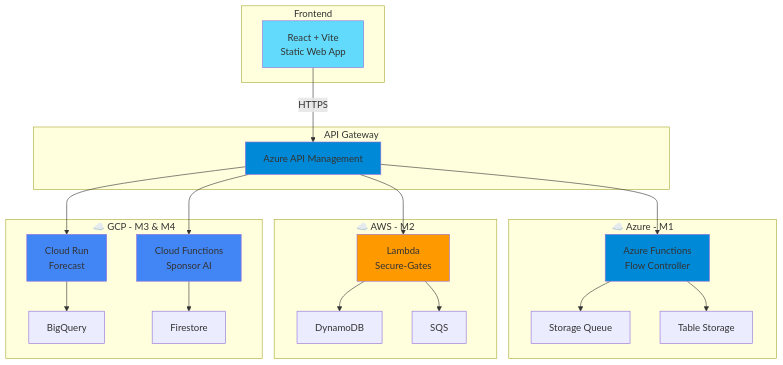
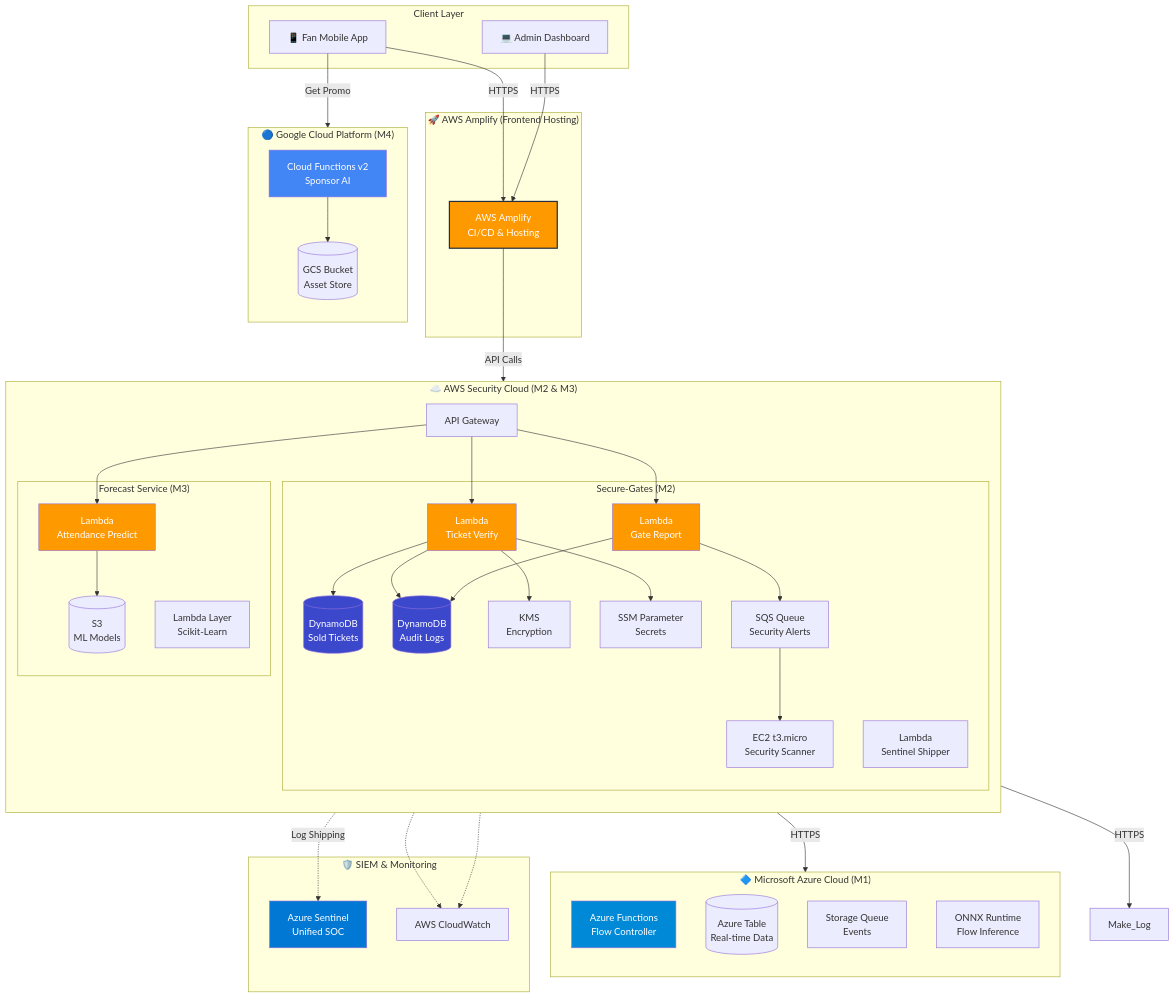
The diagram in README.md (MouhcineAGOUJIL/FanOps), drawn with Mermaid before and after one commit. The commit also changed other lines of this file and 13 other files, not shown here.

````diff
--- a/README.md
+++ b/README.md
@@ -92,49 +30,99 @@
 ```mermaid
 graph TB
-    subgraph Frontend
-        A[React + Vite<br/>Static Web App]
+    subgraph "Client Layer"
+        User[📱 Fan Mobile App]
+        Admin[💻 Admin Dashboard]
     end
+
+    subgraph "🚀 AWS Amplify (Frontend Hosting)"
+        Amplify[AWS Amplify<br/>CI/CD & Hosting]
+    end
+
+    subgraph "☁️ AWS Security Cloud (M2 & M3)"
+        direction TB
+        APIG_AWS[API Gateway]
+        
+        subgraph "Secure-Gates (M2)"
+            Lambda_Auth[Lambda<br/>Ticket Verify]
+            Lambda_Rep[Lambda<br/>Gate Report]
+            DDB_Tix[(DynamoDB<br/>Sold Tickets)]
+            DDB_Audit[(DynamoDB<br/>Audit Logs)]
+            SQS[SQS Queue<br/>Security Alerts]
+            EC2[EC2 t3.micro<br/>Security Scanner]
+            KMS[KMS<br/>Encryption]
+            SSM[SSM Parameter<br/>Secrets]
+            Sentinel[Lambda<br/>Sentinel Shipper]
+        end
+
+        subgraph "Forecast Service (M3)"
+            Lambda_ML[Lambda<br/>Attendance Predict]
+            S3_Model[(S3<br/>ML Models)]
+            Layer_Sk[Lambda Layer<br/>Scikit-Learn]
+        end
+    end
+
+    subgraph "🔷 Microsoft Azure Cloud (M1)"
+        direction TB
+        Func_Flow[Azure Functions<br/>Flow Controller]
+        Table_Azure[(Azure Table<br/>Real-time Data)]
+        Queue_Azure[Storage Queue<br/>Events]
+        AI_Azure[ONNX Runtime<br/>Flow Inference]
+    end
+
+    subgraph "🔵 Google Cloud Platform (M4)"
+        direction TB
+        CloudFunc_Sponsor[Cloud Functions v2<br/>Sponsor AI]
+        GCS_Bucket[(GCS Bucket<br/>Asset Store)]
+    end
+
+    subgraph "🛡️ SIEM & Monitoring"
+        AzureSentinel[Azure Sentinel<br/>Unified SOC]
+        CW[AWS CloudWatch]
+    end
+
+    %% Connections
+    User -->|HTTPS| Amplify
+    Admin -->|HTTPS| Amplify
+    Amplify -->|API Calls| APIG_AWS
+
+    %% AWS Flows
+    APIG_AWS --> Lambda_Auth
+    APIG_AWS --> Lambda_Rep
+    APIG_AWS --> Lambda_ML
     
-    subgraph "API Gateway"
-        B[Azure API Management]
-    end
+    Lambda_Auth --> DDB_Tix
+    Lambda_Auth --> DDB_Audit
+    Lambda_Auth --> KMS
+    Lambda_Auth --> SSM
     
-    subgraph "☁️ Azure - M1"
-        C[Azure Functions<br/>Flow Controller]
-        D[Storage Queue]
-        E[Table Storage]
-    end
+    Lambda_Rep --> SQS
+    Lambda_Rep --> DDB_Audit
     
-    subgraph "☁️ AWS - M2"
-        F[Lambda<br/>Secure-Gates]
-        G[DynamoDB]
-        H[SQS]
-    end
+    SQS --> EC2
     
-    subgraph "☁️ GCP - M3 & M4"
-        I[Cloud Run<br/>Forecast]
-        J[Cloud Functions<br/>Sponsor AI]
-        K[BigQuery]
-        L[Firestore]
-    end
+    %% M3 Flow
+    Lambda_ML --> S3_Model
     
-    A -->|HTTPS| B
-    B --> C
-    B --> F
-    B --> I
-    B --> J
+    %% Cross-Cloud Flows
+    Lambda_Auth -->|HTTPS| Make_Log
+    Lambda_Rep -->|HTTPS| Func_Flow
     
-    C --> D
-    C --> E
-    F --> G
-    F --> H
-    I --> K
-    J --> L
+    %% Logging Flow
+    Lambda_Auth -.-> CW
+    Lambda_Rep -.-> CW
+    Sentinel -.->|Log Shipping| AzureSentinel
     
-    style A fill:#61dafb
-    style B fill:#0089d6
-    style C fill:#0089d6
-    style F fill:#ff9900
-    style I fill:#4285f4
-    style J fill:#4285f4
+    %% GCP Flow
+    User -->|Get Promo| CloudFunc_Sponsor
+    CloudFunc_Sponsor --> GCS_Bucket
+
+    style Amplify fill:#ff9900,stroke:#232F3E,stroke-width:2px,color:white
+    style Lambda_Auth fill:#ff9900,color:white
+    style Lambda_Rep fill:#ff9900,color:white
+    style Lambda_ML fill:#ff9900,color:white
+    style DDB_Tix fill:#3b48cc,color:white
+    style DDB_Audit fill:#3b48cc,color:white
+    style Func_Flow fill:#0089d6,color:white
+    style CloudFunc_Sponsor fill:#4285f4,color:white
+    style AzureSentinel fill:#0078d4,color:white
 ```
````
